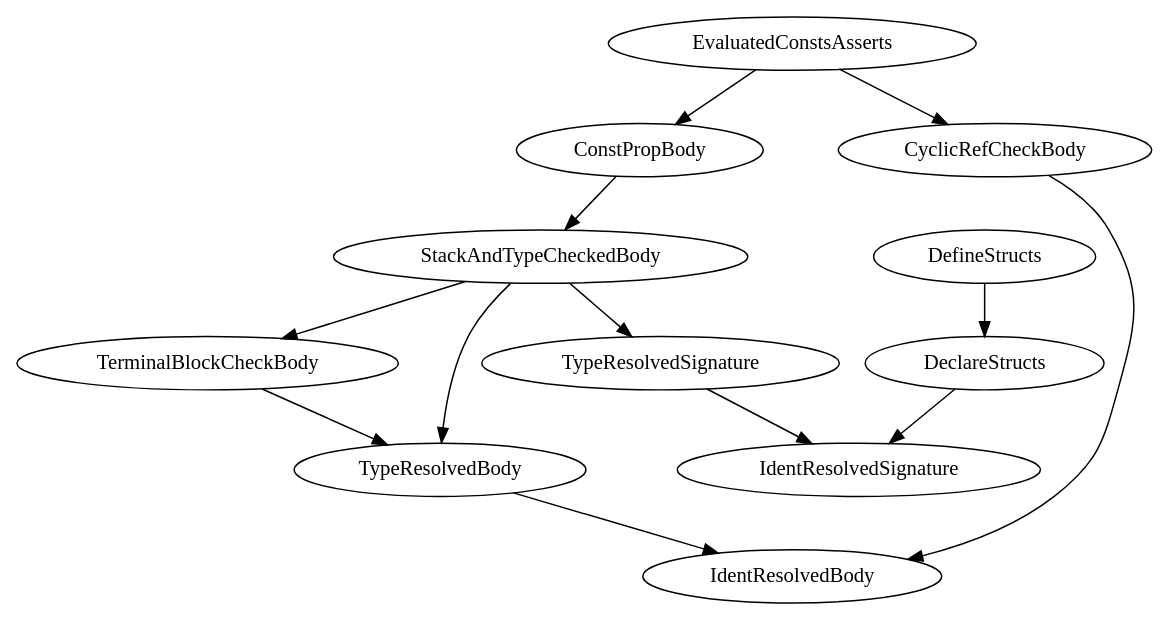
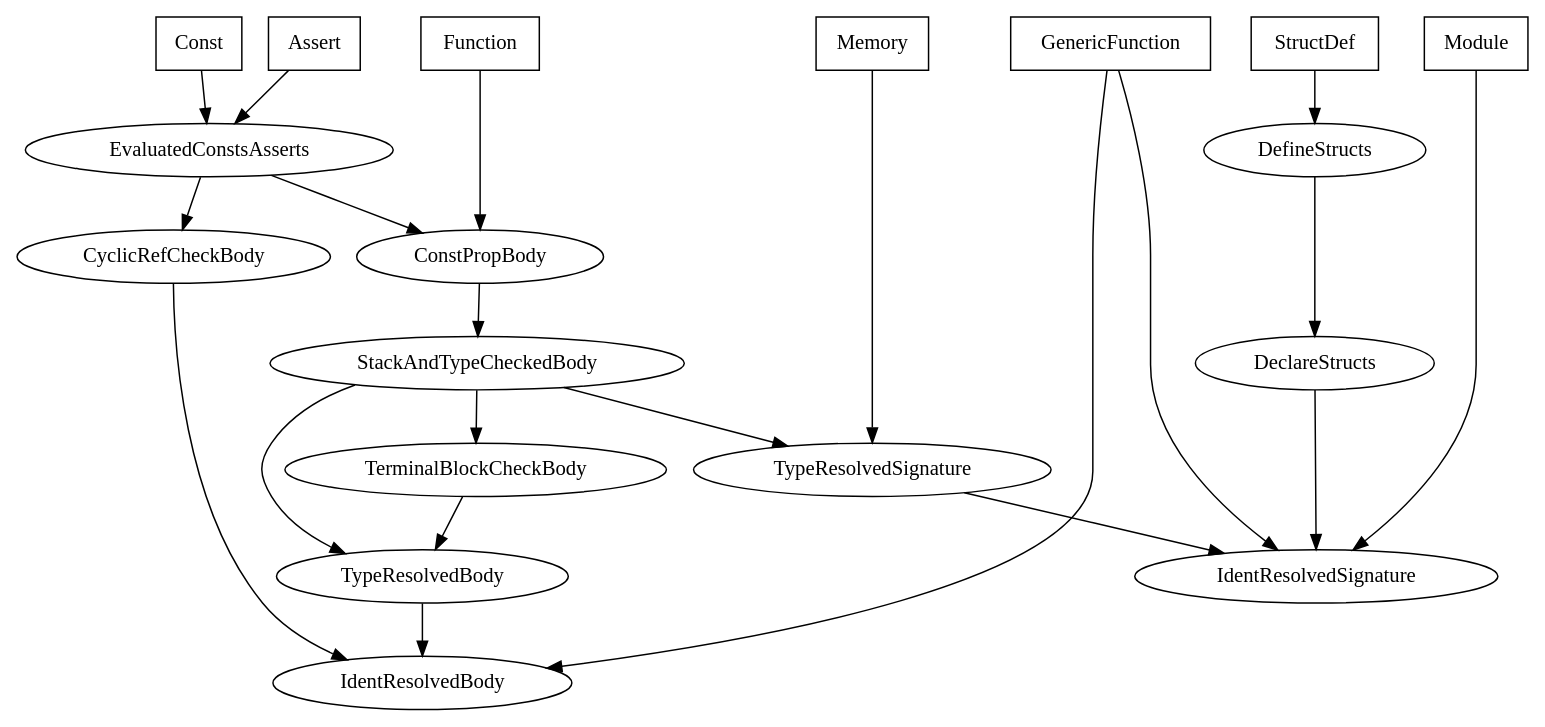
One commit to Measter/MFL changed the diagram in pass_dep_graph.dot. Above: the diagram before and after it, drawn with Graphviz.

Commit message:
Add items to pass dependency graph.

```diff
--- a/pass_dep_graph.dot
+++ b/pass_dep_graph.dot
@@ -1,21 +1,53 @@
 strict digraph {
-    IdentResolvedSignature;
-    IdentResolvedBody;
+    subgraph passes {
+        label = "Passes";
+
+        IdentResolvedSignature;
+        IdentResolvedBody;
+        DeclareStructs;
+        TypeResolvedSignature;
+        TypeResolvedBody;
+        CyclicRefCheckBody;
+        DefineStructs;
+        TerminalBlockCheckBody;
+        StackAndTypeCheckedBody;
+        ConstPropBody;
+        EvaluatedConstsAsserts;
+    }
+
+    subgraph items {
+        rank = same;
+        node [shape = "box"]
+        label = "Items";
+
+        Module;
+        StructDef;
+        Memory;
+        GenericFunction;
+        Assert;
+        Const;
+        Function;
+    }
 
     DeclareStructs -> IdentResolvedSignature;
-    DefineStructs -> DeclareStructs;
-
     TypeResolvedSignature -> IdentResolvedSignature;
     TypeResolvedBody -> IdentResolvedBody;
-
+    DefineStructs -> DeclareStructs;
     CyclicRefCheckBody -> IdentResolvedBody;
     TerminalBlockCheckBody -> TypeResolvedBody;
-
     StackAndTypeCheckedBody -> TypeResolvedSignature;
     StackAndTypeCheckedBody -> TypeResolvedBody;
     StackAndTypeCheckedBody -> TerminalBlockCheckBody;
-
     ConstPropBody -> StackAndTypeCheckedBody;
     EvaluatedConstsAsserts -> CyclicRefCheckBody;
     EvaluatedConstsAsserts -> ConstPropBody;
+
+    Module -> IdentResolvedSignature;
+    StructDef -> DefineStructs;
+    Memory -> TypeResolvedSignature;
+    GenericFunction -> IdentResolvedSignature;
+    GenericFunction -> IdentResolvedBody;
+    Assert -> EvaluatedConstsAsserts;
+    Const -> EvaluatedConstsAsserts;
+    Function -> ConstPropBody;
 }
```
